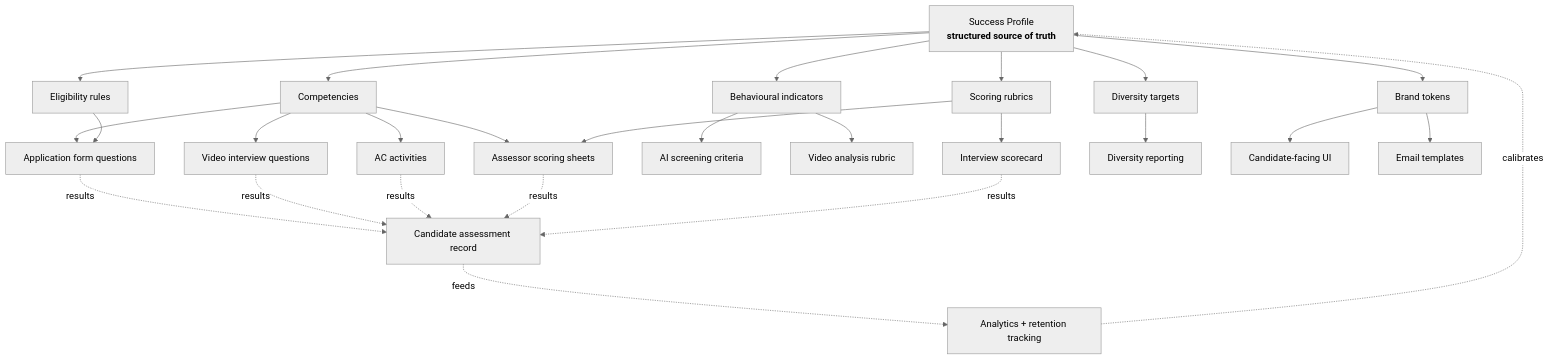
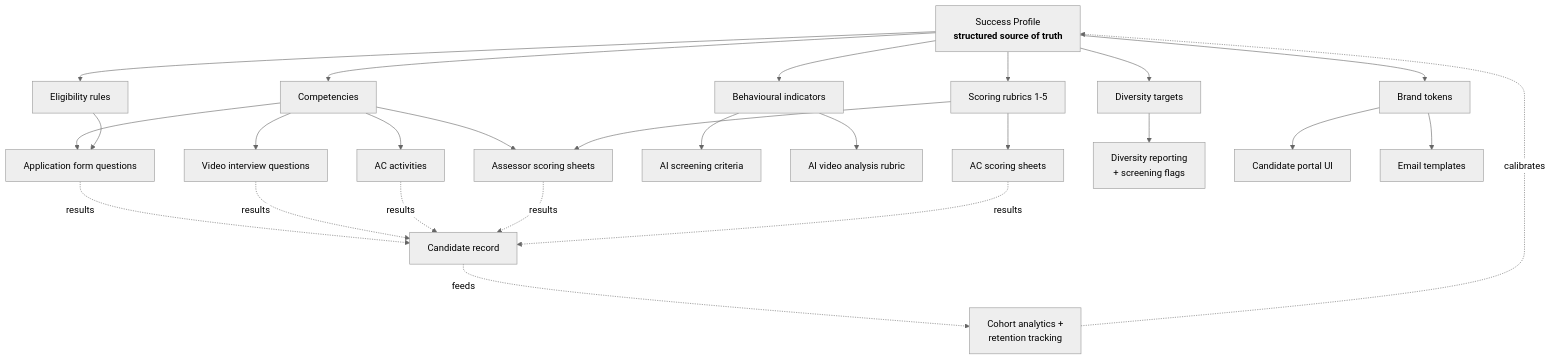
One commit to tomklimovskigamma/talent-edge changed the fourth of 4 diagrams in docs/product-map/2026-04-18-fusion-aligned-product-map.md. Above: the diagram before and after it, drawn with Mermaid (neutral theme). The commit also changed other lines of this file, not shown here.

````diff
--- a/docs/product-map/2026-04-18-fusion-aligned-product-map.md
+++ b/docs/product-map/2026-04-18-fusion-aligned-product-map.md
@@ -228,31 +374,31 @@
 ```mermaid
 flowchart TB
     SP[Success Profile<br/><b>structured source of truth</b>]
     SP --> C1[Competencies]
     SP --> C2[Behavioural indicators]
-    SP --> C3[Scoring rubrics]
+    SP --> C3[Scoring rubrics 1-5]
     SP --> C4[Eligibility rules]
     SP --> C5[Diversity targets]
     SP --> C6[Brand tokens]
 
     C1 --> D1[Application form questions]
     C1 --> D2[Video interview questions]
     C1 --> D3[AC activities]
     C1 --> D4[Assessor scoring sheets]
     C2 --> D5[AI screening criteria]
-    C2 --> D6[Video analysis rubric]
+    C2 --> D6[AI video analysis rubric]
     C3 --> D4
-    C3 --> D7[Interview scorecard]
+    C3 --> D7[AC scoring sheets]
     C4 --> D1
-    C5 --> D8[Diversity reporting]
-    C6 --> D9[Candidate-facing UI]
+    C5 --> D8[Diversity reporting<br/>+ screening flags]
+    C6 --> D9[Candidate portal UI]
     C6 --> D10[Email templates]
 
-    D1 -.results.-> R[Candidate assessment record]
+    D1 -.results.-> R[Candidate record]
     D2 -.results.-> R
     D3 -.results.-> R
     D4 -.results.-> R
     D7 -.results.-> R
-    R -.feeds.-> A[Analytics + retention tracking]
+    R -.feeds.-> A[Cohort analytics +<br/>retention tracking]
     A -.calibrates.-> SP
 ```
````
